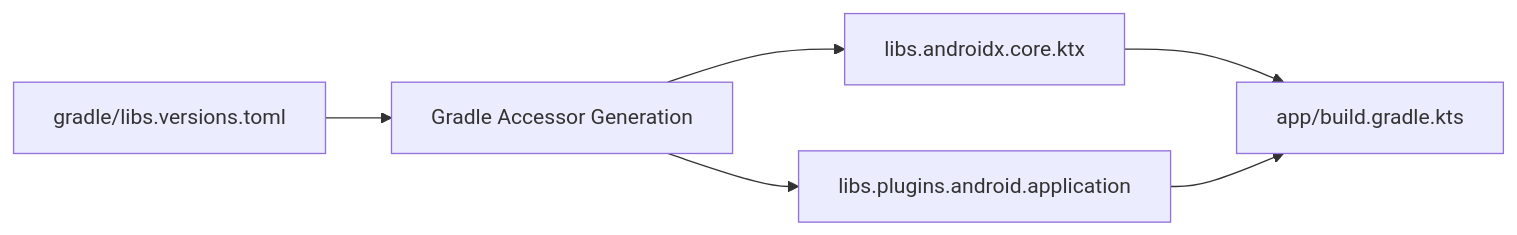
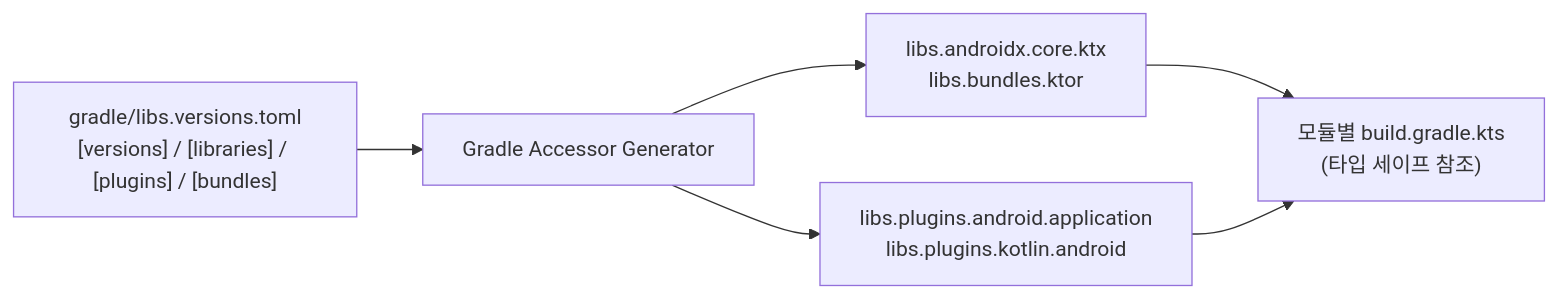
The diagram in 01_inbox/mobile/android/03_packaging_deployment/build/gradle/gradle-version-catalog.md (youngmin-gwon/what-i-studied), drawn with Mermaid before and after one commit. The commit also changed other lines of this file and 10 other files, not shown here.

````diff
--- a/01_inbox/mobile/android/03_packaging_deployment/build/gradle/gradle-version-catalog.md
+++ b/01_inbox/mobile/android/03_packaging_deployment/build/gradle/gradle-version-catalog.md
@@ -32,7 +17,7 @@
 ```mermaid
 flowchart LR
-    TOML["gradle/libs.versions.toml"] --> GradleAccessor["Gradle Accessor Generation"]
-    GradleAccessor --> LibAccessors["libs.androidx.core.ktx"]
-    GradleAccessor --> PluginAccessors["libs.plugins.android.application"]
-    LibAccessors & PluginAccessors --> BuildScripts["app/build.gradle.kts"]
+    TOML["gradle/libs.versions.toml<br/>[versions] / [libraries] / [plugins] / [bundles]"] --> GradleEngine["Gradle Accessor Generator"]
+    GradleEngine --> LibAccessor["libs.androidx.core.ktx<br/>libs.bundles.ktor"]
+    GradleEngine --> PluginAccessor["libs.plugins.android.application<br/>libs.plugins.kotlin.android"]
+    LibAccessor & PluginAccessor --> BuildKts["모듈별 build.gradle.kts<br/>(타입 세이프 참조)"]
 ```
````
